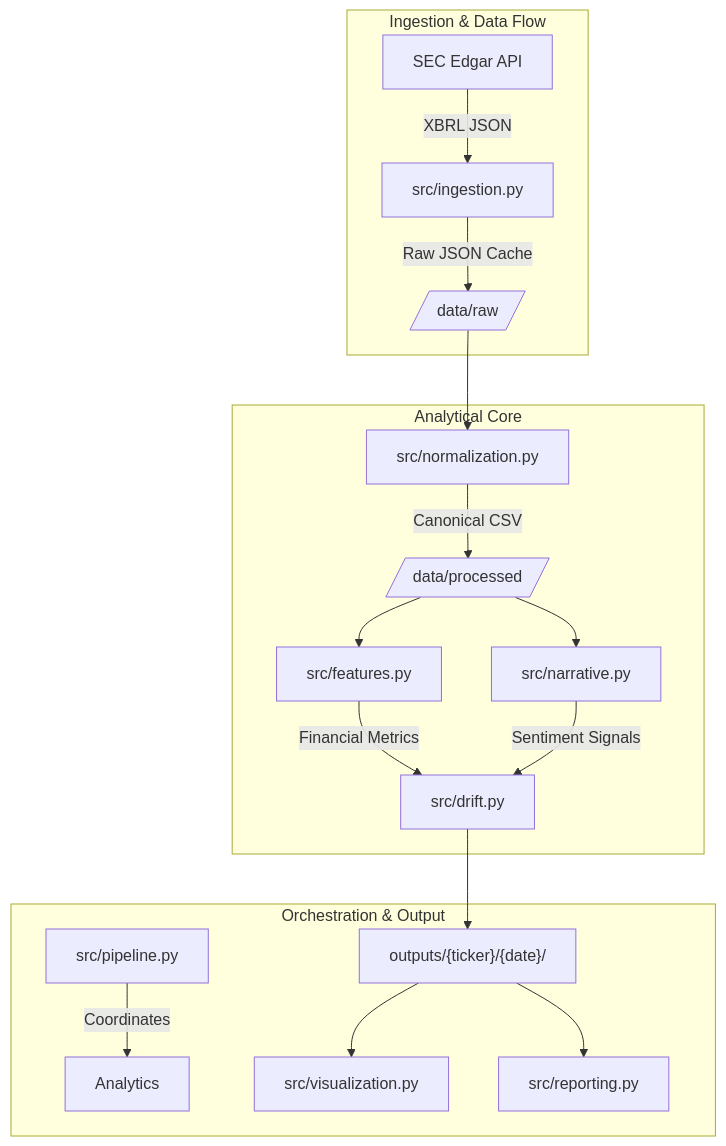
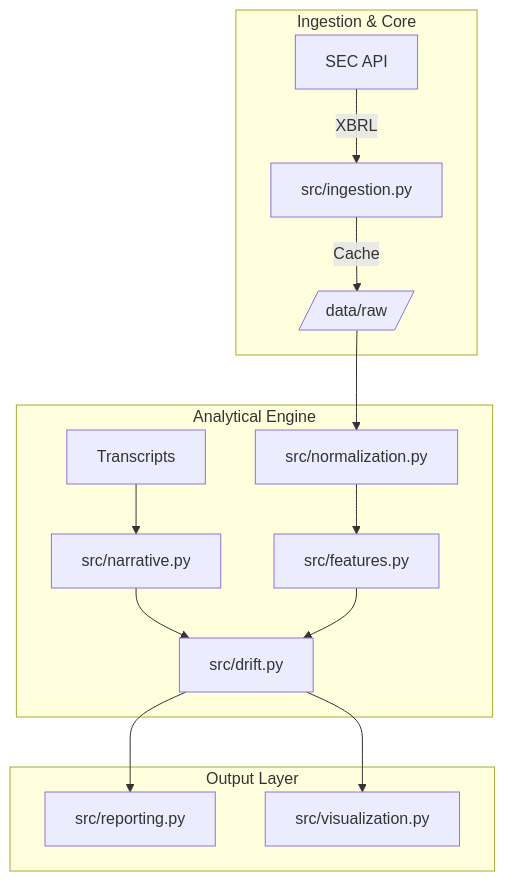
One commit to timothykimutai/Financial-Drift-Detection-Engine changed the diagram in README.md. Above: the diagram before and after it, drawn with Mermaid. The commit also changed other lines of this file, not shown here.

Commit message:
docs: refactor README into analytical instrument operational contract

````diff
--- a/README.md
+++ b/README.md
@@ -8,23 +19,18 @@
 ```mermaid
 graph TD
-    subgraph "Ingestion & Data Flow"
-        SEC[SEC Edgar API] -->|XBRL JSON| Ingest[src/ingestion.py]
-        Ingest -->|Raw JSON Cache| RawDir[/data/raw/]
+    subgraph "Ingestion & Core"
+        SEC[SEC API] -->|XBRL| Ingest[src/ingestion.py]
+        Ingest -->|Cache| RawDir[/data/raw/]
     end
-
-    subgraph "Analytical Core"
+    subgraph "Analytical Engine"
         RawDir --> Norm[src/normalization.py]
-        Norm -->|Canonical CSV| ProcDir[/data/processed/]
-        ProcDir --> Feat[src/features.py]
-        Feat -->|Financial Metrics| Drift[src/drift.py]
-        ProcDir --> Nar[src/narrative.py]
-        Nar -->|Sentiment Signals| Drift
+        Norm --> Feat[src/features.py]
+        Transcripts --> Clean[src/narrative.py]
+        Clean --> Drift[src/drift.py]
+        Feat --> Drift
     end
-
-    subgraph "Orchestration & Output"
-        Pipe[src/pipeline.py] -->|Coordinates| Analytics
-        Drift --> Result["outputs/{ticker}/{date}/"]
-        Result --> Viz[src/visualization.py]
-        Result --> Report[src/reporting.py]
+    subgraph "Output Layer"
+        Drift --> Reports[src/reporting.py]
+        Drift --> Viz[src/visualization.py]
     end
 ```
````
